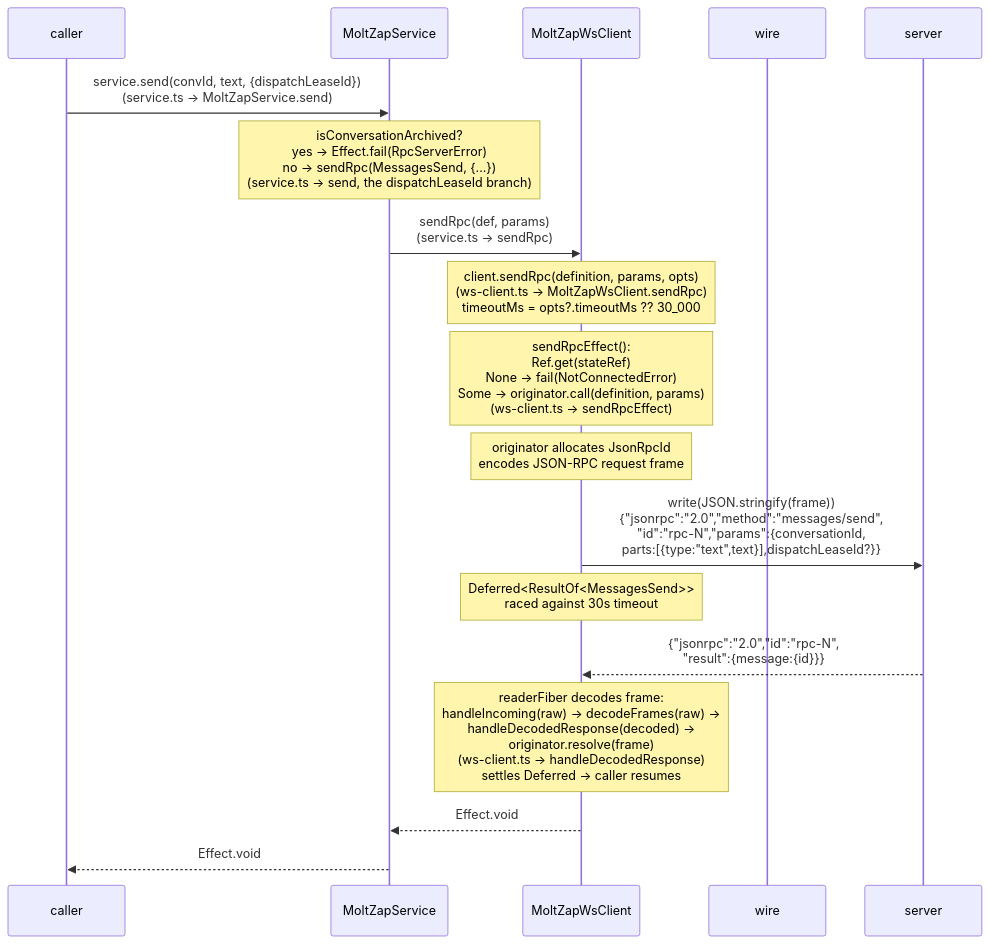
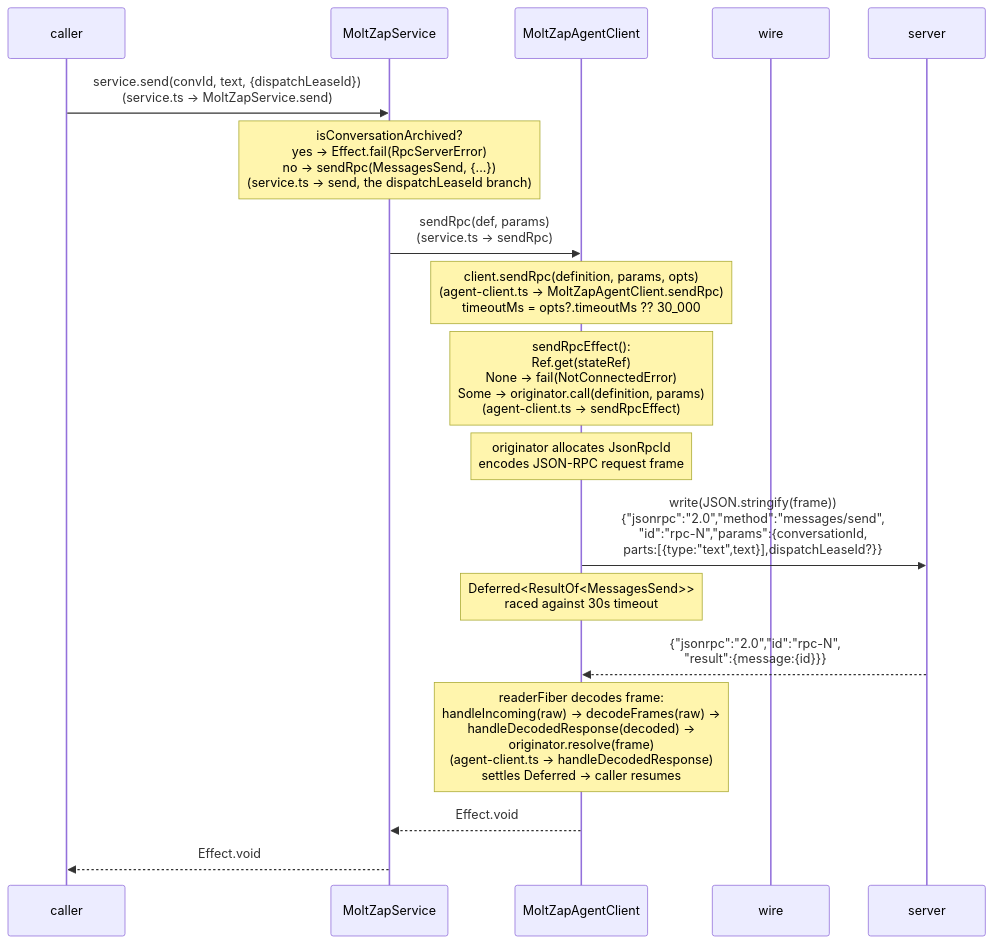
Before and after one commit to chughtapan/moltzap: the diagram in packages/client/docs/architecture/outbound-messages-send.md, drawn with Mermaid. The commit also changed 14 other files, not shown here.

````diff
--- a/packages/client/docs/architecture/outbound-messages-send.md
+++ b/packages/client/docs/architecture/outbound-messages-send.md
@@ -5,25 +5,25 @@
 ```mermaid
 sequenceDiagram
     participant caller
     participant svc as MoltZapService
-    participant wsClient as MoltZapWsClient
+    participant wsClient as MoltZapAgentClient
     participant wire
     participant server
 
     caller->>svc: service.send(convId, text, {dispatchLeaseId})<br>(service.ts → MoltZapService.send)
     Note over svc: isConversationArchived?<br>yes → Effect.fail(RpcServerError)<br>no → sendRpc(MessagesSend, {...})<br>(service.ts → send, the dispatchLeaseId branch)
 
     svc->>wsClient: sendRpc(def, params)<br>(service.ts → sendRpc)
-    Note over wsClient: client.sendRpc(definition, params, opts)<br>(ws-client.ts → MoltZapWsClient.sendRpc)<br>timeoutMs = opts?.timeoutMs ?? 30_000
+    Note over wsClient: client.sendRpc(definition, params, opts)<br>(agent-client.ts → MoltZapAgentClient.sendRpc)<br>timeoutMs = opts?.timeoutMs ?? 30_000
 
-    Note over wsClient: sendRpcEffect():<br>Ref.get(stateRef)<br>None → fail(NotConnectedError)<br>Some → originator.call(definition, params)<br>(ws-client.ts → sendRpcEffect)
+    Note over wsClient: sendRpcEffect():<br>Ref.get(stateRef)<br>None → fail(NotConnectedError)<br>Some → originator.call(definition, params)<br>(agent-client.ts → sendRpcEffect)
 
     Note over wsClient: originator allocates JsonRpcId<br>encodes JSON-RPC request frame
     wsClient->>server: write(JSON.stringify(frame))<br>{"jsonrpc":"2.0","method":"messages/send",<br>"id":"rpc-N","params":{conversationId,<br>parts:[{type:"text",text}],dispatchLeaseId?}}
     Note over wsClient: Deferred<ResultOf<MessagesSend>><br>raced against 30s timeout
 
     server-->>wsClient: {"jsonrpc":"2.0","id":"rpc-N",<br>"result":{message:{id}}}
-    Note over wsClient: readerFiber decodes frame:<br>handleIncoming(raw) → decodeFrames(raw) →<br>handleDecodedResponse(decoded) →<br>originator.resolve(frame)<br>(ws-client.ts → handleDecodedResponse)<br>settles Deferred → caller resumes
+    Note over wsClient: readerFiber decodes frame:<br>handleIncoming(raw) → decodeFrames(raw) →<br>handleDecodedResponse(decoded) →<br>originator.resolve(frame)<br>(agent-client.ts → handleDecodedResponse)<br>settles Deferred → caller resumes
     wsClient-->>svc: Effect.void
     svc-->>caller: Effect.void
 ```
````
